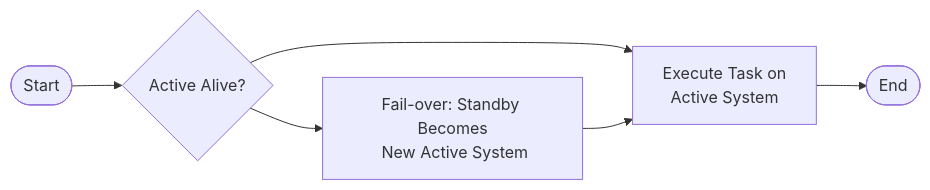
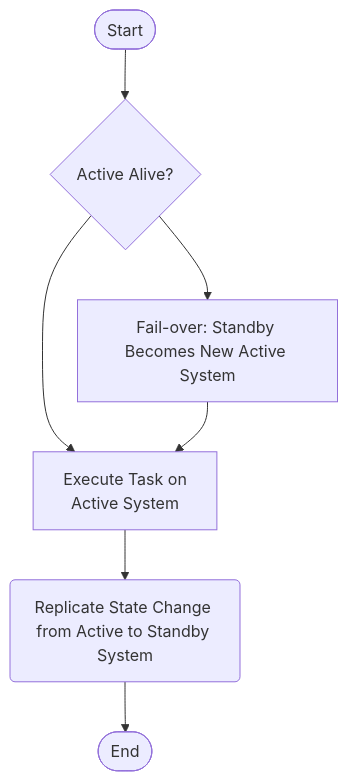
The diagram in sos/logical/resilience/active_standby.rst (ORNL/intersect-architecture), drawn with Mermaid before and after one commit.

Commit message:
Edited initial workflow for active/standby resilience pattern.

```diff
--- a/sos/logical/resilience/active_standby.rst
+++ b/sos/logical/resilience/active_standby.rst
@@ -180,9 +180,10 @@
    .. mermaid::
       :caption: Active/Standby pattern workflow
       :align: center
 
-      flowchart LR
+      flowchart TD
          A(["Start"]) --> B{"Active Alive?"}
-         B --> C["Execute Task on<br>Active System"] & D["Fail-over: Standby Becomes<br> New Active System"]
+         B --> C["Execute Task on<br>Active System"] & D["Fail-over: Standby Becomes New Active System"]
          D --> C
-         C --> E(["End"])
+         C --> E("Replicate State Change from Active to Standby System")
+         E --> F(["End"])
```
